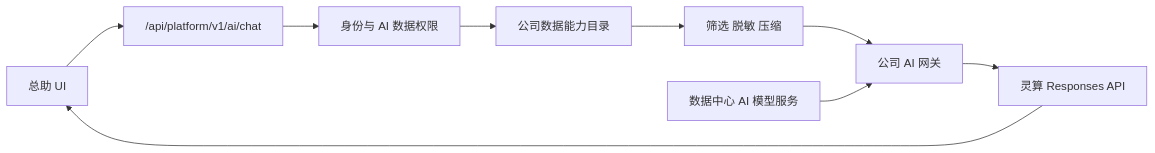
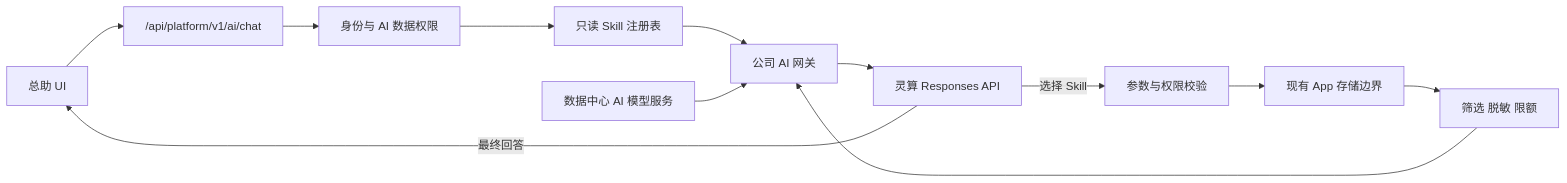
The diagram in docs/features/company-ai-assistant/design.md (489688547/product-flow-system), drawn with Mermaid before and after one commit. The commit also changed other lines of this file and 1 other file, not shown here.

Commit message:
docs(ai): design read-only app skills

````diff
--- a/docs/features/company-ai-assistant/design.md
+++ b/docs/features/company-ai-assistant/design.md
@@ -129,11 +147,14 @@
 ```mermaid
 flowchart LR
   Browser["总助 UI"] --> Api["/api/platform/v1/ai/chat"]
   Api --> Auth["身份与 AI 数据权限"]
-  Auth --> Catalog["公司数据能力目录"]
-  Catalog --> Context["筛选 脱敏 压缩"]
-  Context --> Gateway["公司 AI 网关"]
+  Auth --> Registry["只读 Skill 注册表"]
+  Registry --> Gateway["公司 AI 网关"]
   Gateway --> Provider["灵算 Responses API"]
-  Provider --> Browser
+  Provider -->|选择 Skill| Executor["参数与权限校验"]
+  Executor --> Stores["现有 App 存储边界"]
+  Stores --> SafeResult["筛选 脱敏 限额"]
+  SafeResult --> Gateway
+  Provider -->|最终回答| Browser
   DataCenter["数据中心 AI 模型服务"] --> Gateway
 ```
````
